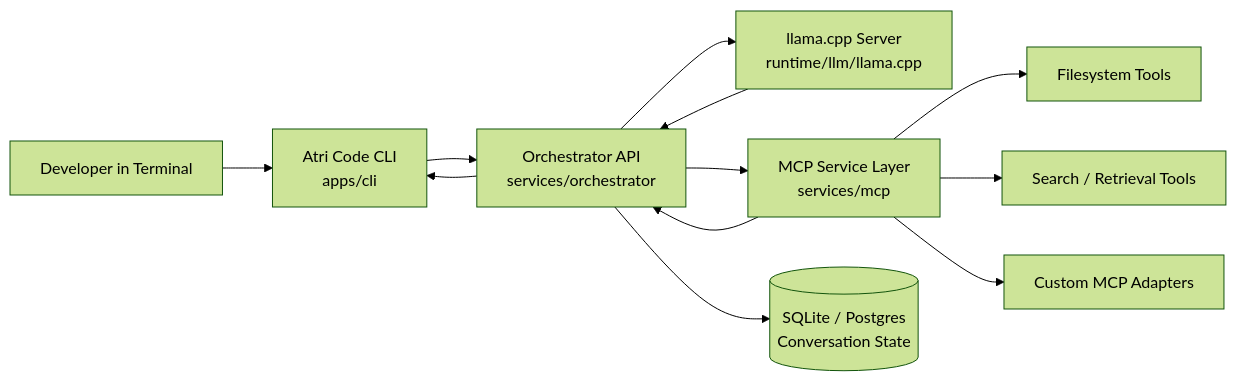
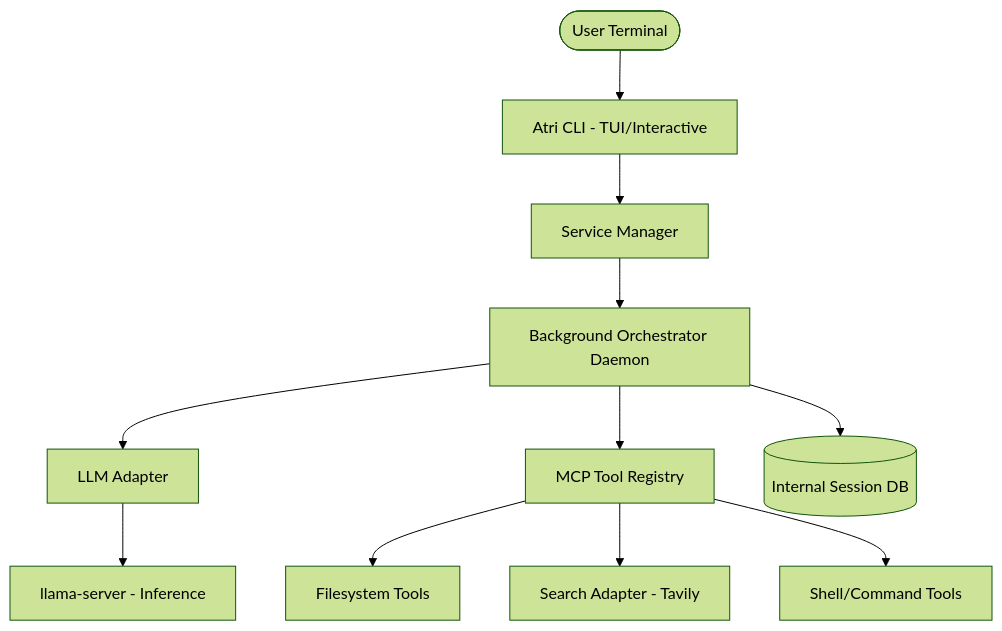
Before and after one commit to ToniBirat7/atri-cli: the diagram in README.md, drawn with Mermaid (forest theme). The commit also changed other lines of this file and 1 other file, not shown here.

````diff
--- a/README.md
+++ b/README.md
@@ -72,17 +9,13 @@
 ```mermaid
-flowchart LR
-	U[Developer in Terminal] --> C[Atri Code CLI<br/>apps/cli]
-	C --> O[Orchestrator API<br/>services/orchestrator]
-	O --> L[llama.cpp Server<br/>runtime/llm/llama.cpp]
-
-	O --> M[MCP Service Layer<br/>services/mcp]
-	M --> T1[Filesystem Tools]
-	M --> T2[Search / Retrieval Tools]
-	M --> T3[Custom MCP Adapters]
-
-	O --> D[(SQLite / Postgres<br/>Conversation State)]
-
-	L --> O
-	M --> O
-	O --> C
+graph TD
+    User([User Terminal]) --> CLI[Atri CLI - TUI/Interactive]
+    CLI --> Manager[Service Manager]
+    Manager --> Daemon[Background Orchestrator Daemon]
+    Daemon --> Adapter[LLM Adapter]
+    Adapter --> Llama[llama-server - Inference]
+    Daemon --> MCP[MCP Tool Registry]
+    MCP --> FS[Filesystem Tools]
+    MCP --> Search[Search Adapter - Tavily]
+    MCP --> Shell[Shell/Command Tools]
+    Daemon --> DB[(Internal Session DB)]
 ```
````
